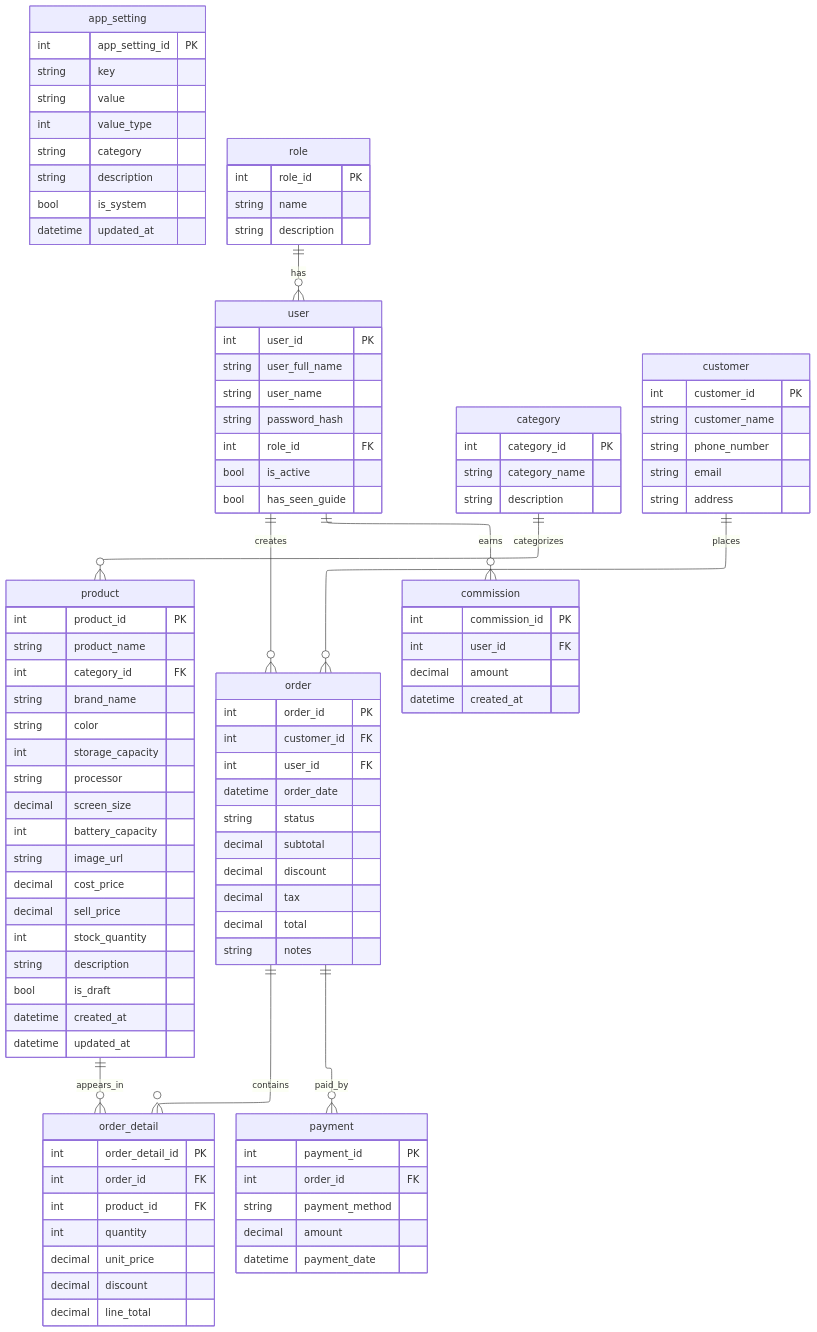
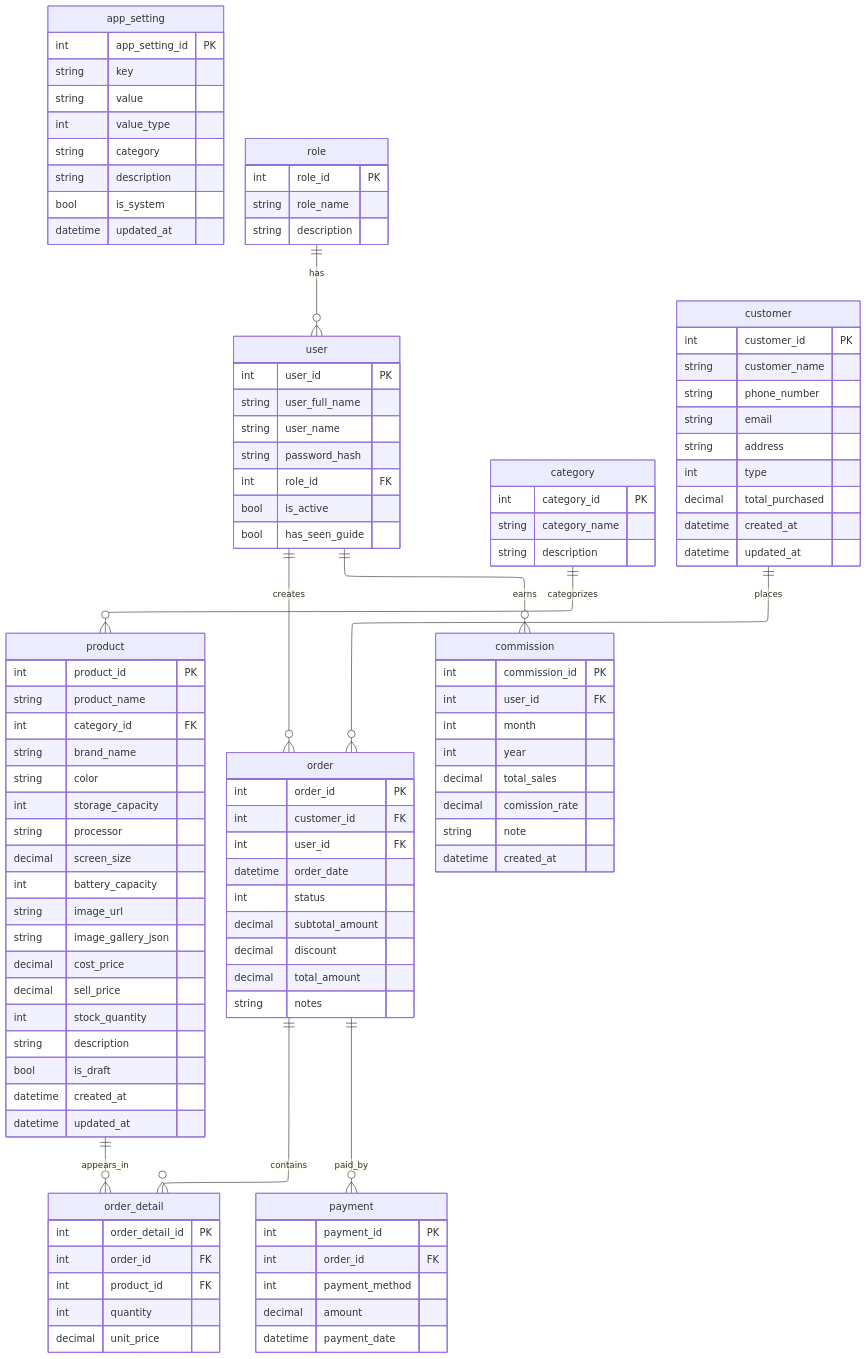
The diagram in design_docs/database_ERD.md (tranquocvy/window-shop-docs), drawn with Mermaid before and after one commit. The commit also changed 1 other file, not shown here.

Commit message:
fix database

```diff
--- a/design_docs/database_ERD.md
+++ b/design_docs/database_ERD.md
@@ -17,7 +17,7 @@
 
     role {
         int role_id PK
-        string name
+        string role_name
         string description
     }
 
@@ -48,6 +48,7 @@
         decimal screen_size
         int battery_capacity
         string image_url
+        string image_gallery_json
         decimal cost_price
         decimal sell_price
         int stock_quantity
@@ -63,6 +64,10 @@
         string phone_number
         string email
         string address
+        int type
+        decimal total_purchased
+        datetime created_at
+        datetime updated_at
     }
 
     order {
@@ -70,11 +75,10 @@
         int customer_id FK
         int user_id FK
         datetime order_date
-        string status
-        decimal subtotal
+        int status
+        decimal subtotal_amount
         decimal discount
-        decimal tax
-        decimal total
+        decimal total_amount
         string notes
     }
 
@@ -84,14 +88,12 @@
         int product_id FK
         int quantity
         decimal unit_price
-        decimal discount
-        decimal line_total
     }
 
     payment {
         int payment_id PK
         int order_id FK
-        string payment_method
+        int payment_method
         decimal amount
         datetime payment_date
     }
@@ -99,7 +101,11 @@
     commission {
         int commission_id PK
         int user_id FK
-        decimal amount
+        int month
+        int year
+        decimal total_sales
+        decimal comission_rate
+        string note
         datetime created_at
     }
 
```
